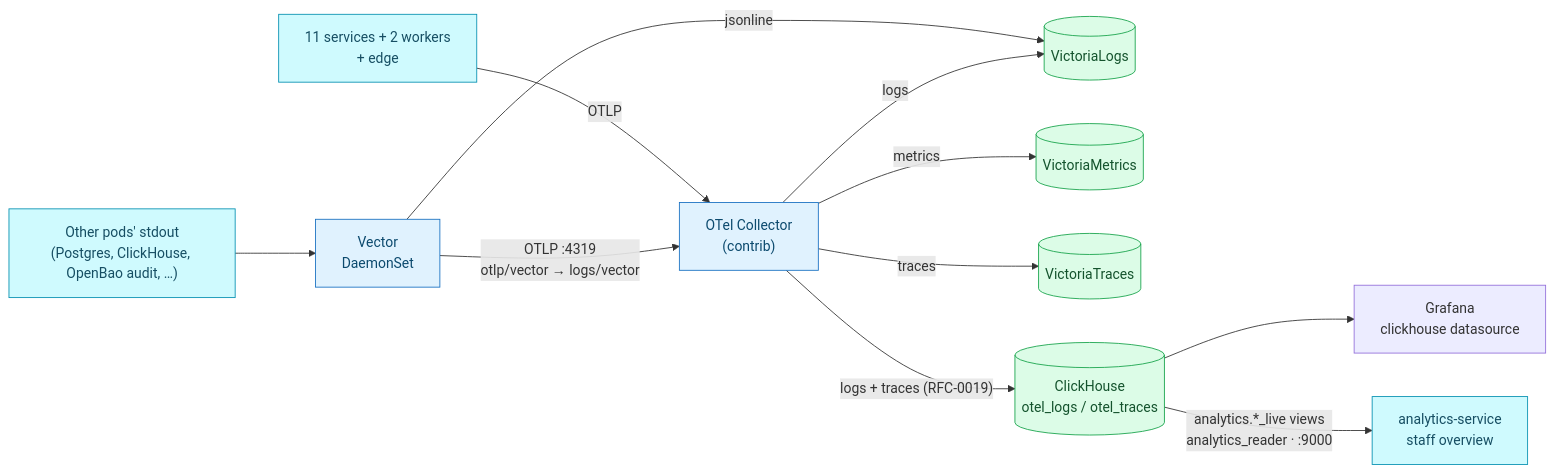
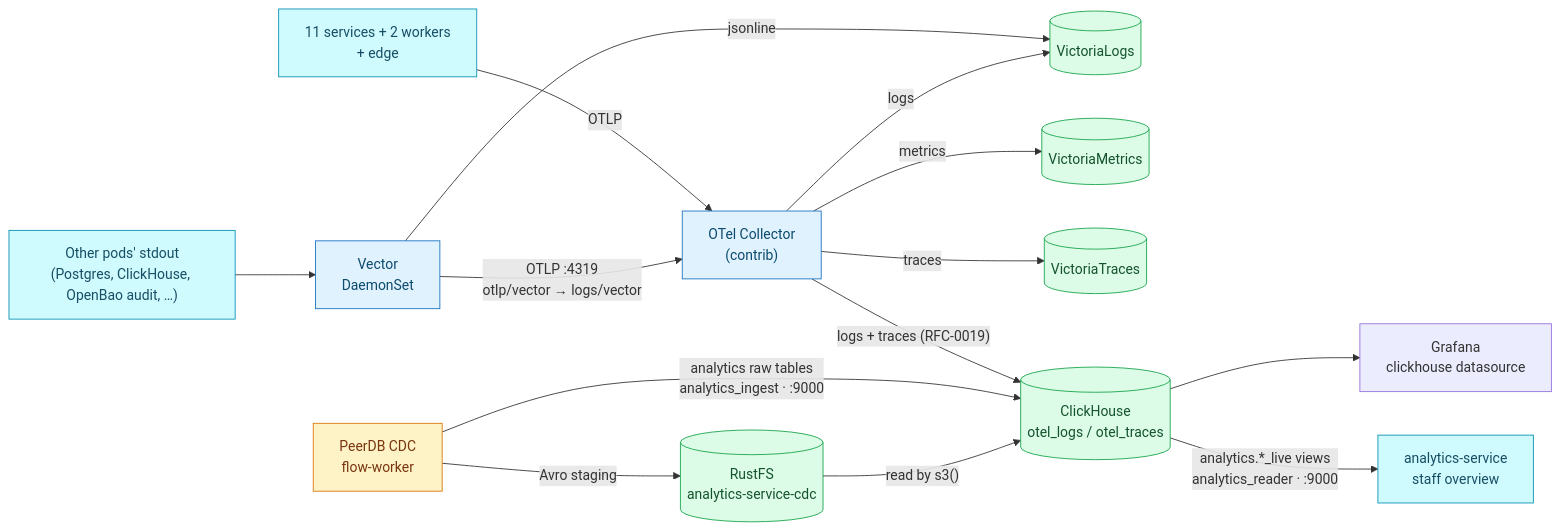
One commit to duynhlab/homelab changed the diagram in docs/observability/clickhouse/README.md. Above: the diagram before and after it, drawn with Mermaid. The commit also changed 11 other files, not shown here.

Commit message:
Redraw RFC-0030's Mermaid diagrams as deployed (#1385)

````diff
--- a/docs/observability/clickhouse/README.md
+++ b/docs/observability/clickhouse/README.md
@@ -121,20 +121,25 @@
 ```mermaid
 flowchart LR
   Apps["11 services + 2 workers<br/>+ edge"] -->|OTLP| Col["OTel Collector<br/>(contrib)"]
   Pods["Other pods' stdout<br/>(Postgres, ClickHouse, OpenBao audit, …)"] --> Vec["Vector<br/>DaemonSet"]
   Vec -->|jsonline| VL
   Vec -->|"OTLP :4319<br/>otlp/vector → logs/vector"| Col
   Col -->|metrics| VM[("VictoriaMetrics")]
   Col -->|logs| VL[("VictoriaLogs")]
   Col -->|traces| VT[("VictoriaTraces")]
   Col -->|"logs + traces (RFC-0019)"| CH[("ClickHouse<br/>otel_logs / otel_traces")]
   CH --> Graf["Grafana<br/>clickhouse datasource"]
   CH -->|"analytics.*_live views<br/>analytics_reader · :9000"| Ana["analytics-service<br/>staff overview"]
+  PeerDB["PeerDB CDC<br/>flow-worker"] -->|"analytics raw tables<br/>analytics_ingest · :9000"| CH
+  PeerDB -->|"Avro staging"| S3[("RustFS<br/>analytics-service-cdc")]
+  S3 -->|"read by s3()"| CH
 
   classDef service fill:#cffafe,color:#164e63,stroke:#0891b2;
   classDef data fill:#dcfce7,color:#14532d,stroke:#16a34a;
   classDef collector fill:#e0f2fe,color:#0c4a6e,stroke:#1971c2;
+  classDef worker fill:#fef3c7,color:#78350f,stroke:#d97706;
   class Apps,Pods,Ana service;
+  class PeerDB worker;
   class Col,Vec collector;
-  class VM,VL,VT,CH data;
+  class VM,VL,VT,CH,S3 data;
 ```
````
